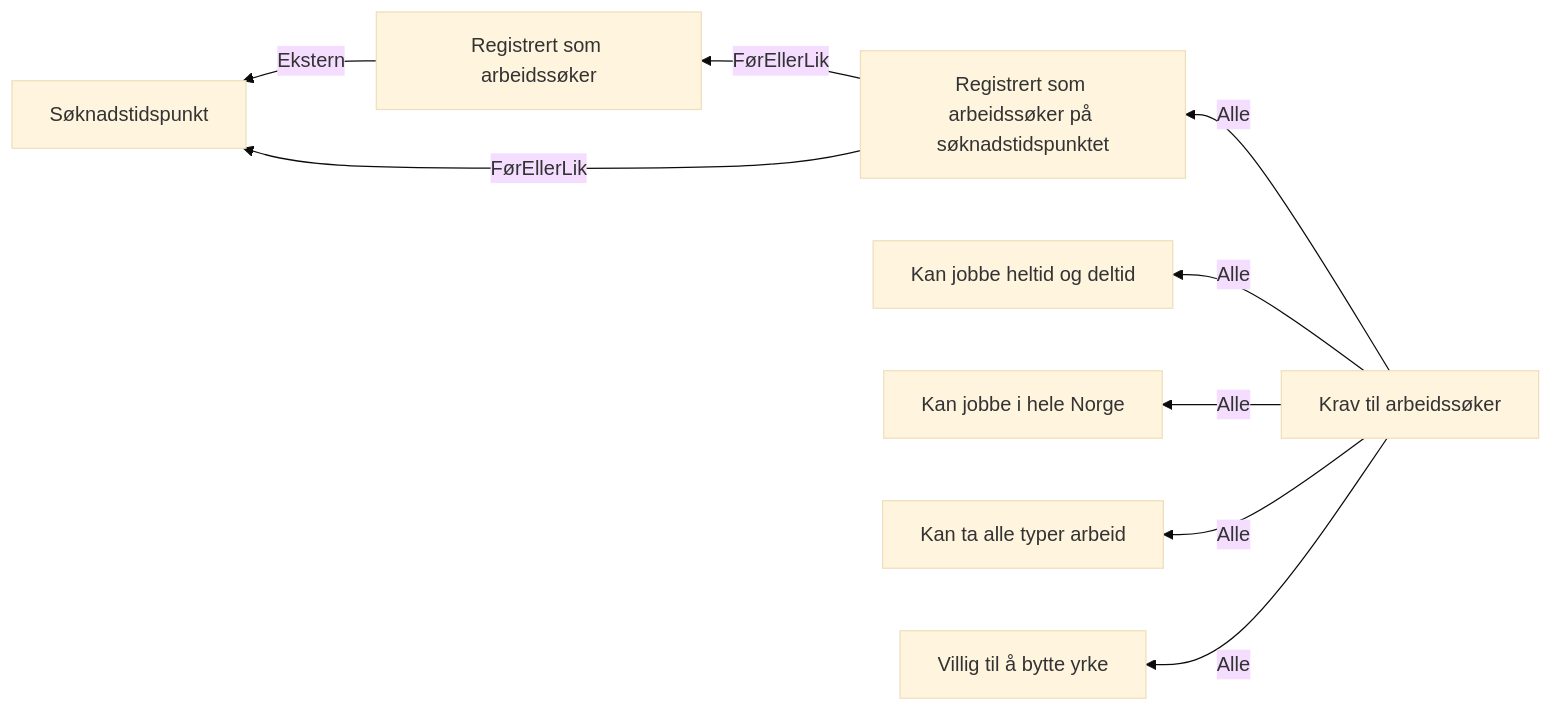
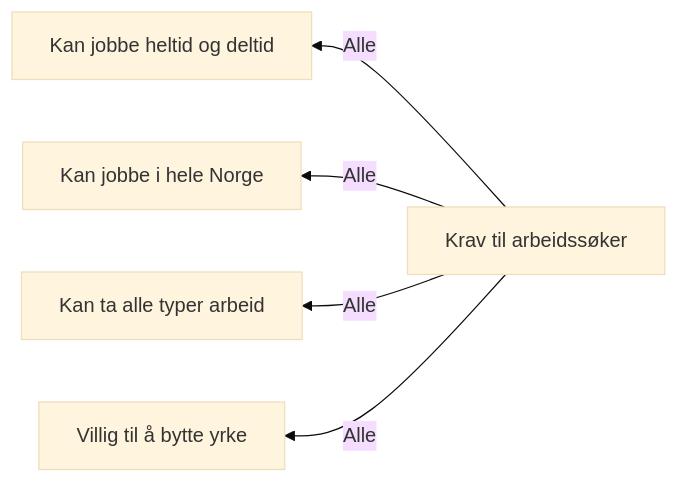
Before and after one commit to navikt/dp-vedtak: the diagram in docs/regler/§ 4-5. Reelle arbeidssøkere.approved.md, drawn with Mermaid (base theme). The commit also changed other lines of this file and 11 other files, not shown here.

````diff
--- a/docs/regler/§ 4-5. Reelle arbeidssøkere.approved.md
+++ b/docs/regler/§ 4-5. Reelle arbeidssøkere.approved.md
@@ -5,11 +5,7 @@
 ```mermaid
 graph RL
-  A["Registrert som arbeidssøker"] -->|"Ekstern"| B["Søknadstidspunkt"]
-  C["Registrert som arbeidssøker på søknadstidspunktet"] -->|"FørEllerLik"| A["Registrert som arbeidssøker"]
-  C["Registrert som arbeidssøker på søknadstidspunktet"] -->|"FørEllerLik"| B["Søknadstidspunkt"]
-  D["Krav til arbeidssøker"] -->|"Alle"| C["Registrert som arbeidssøker på søknadstidspunktet"]
-  D["Krav til arbeidssøker"] -->|"Alle"| E["Kan jobbe heltid og deltid"]
-  D["Krav til arbeidssøker"] -->|"Alle"| F["Kan jobbe i hele Norge"]
-  D["Krav til arbeidssøker"] -->|"Alle"| G["Kan ta alle typer arbeid"]
-  D["Krav til arbeidssøker"] -->|"Alle"| H["Villig til å bytte yrke"]
+  A["Krav til arbeidssøker"] -->|"Alle"| B["Kan jobbe heltid og deltid"]
+  A["Krav til arbeidssøker"] -->|"Alle"| C["Kan jobbe i hele Norge"]
+  A["Krav til arbeidssøker"] -->|"Alle"| D["Kan ta alle typer arbeid"]
+  A["Krav til arbeidssøker"] -->|"Alle"| E["Villig til å bytte yrke"]
 ```
````
